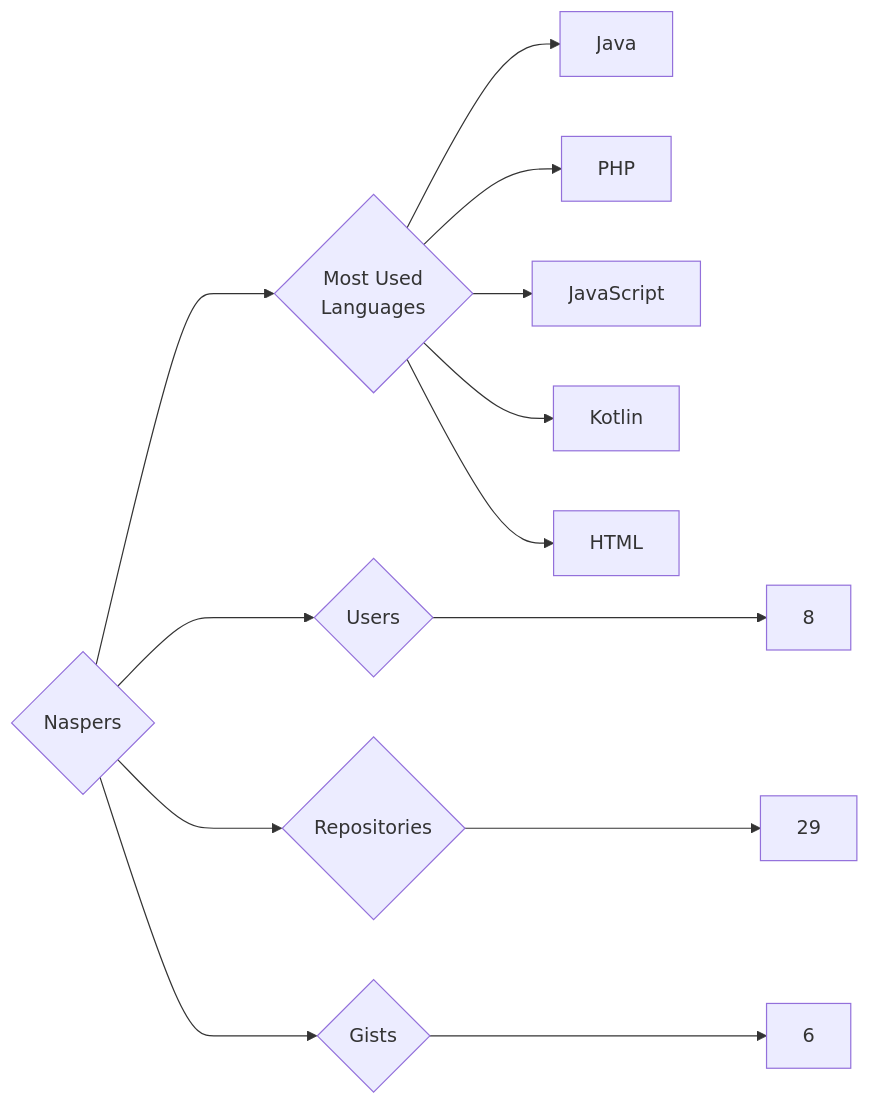
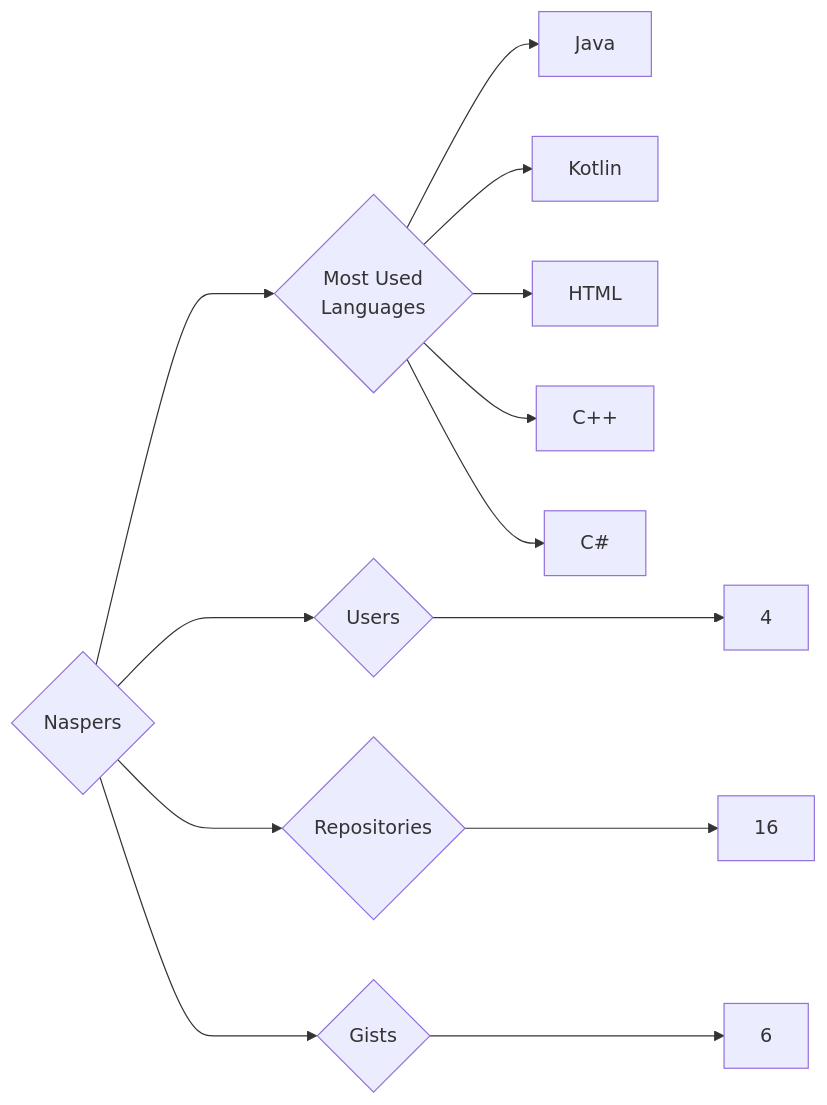
One commit to trickest/insiders changed the diagram in targets/Naspers/README.md. Above: the diagram before and after it, drawn with Mermaid. The commit also changed 833 other files, not shown here.

````diff
--- a/targets/Naspers/README.md
+++ b/targets/Naspers/README.md
@@ -3,13 +3,13 @@
 ```mermaid
 graph LR
 COMPANY_NAME{Naspers}
-COMPANY_NAME ---> U{Users} ---> UN[8]
-COMPANY_NAME ---> R{Repositories} ---> RN[29]
+COMPANY_NAME ---> U{Users} ---> UN[4]
+COMPANY_NAME ---> R{Repositories} ---> RN[16]
 COMPANY_NAME ---> G{Gists} ---> GN[6]
 COMPANY_NAME ---> ML{Most Used<br>Languages}
 ML --> Java[Java]
-ML --> PHP[PHP]
-ML --> JavaScript[JavaScript]
 ML --> Kotlin[Kotlin]
 ML --> HTML[HTML]
+ML --> C++[C++]
+ML --> C#[C#]
 ```
````
